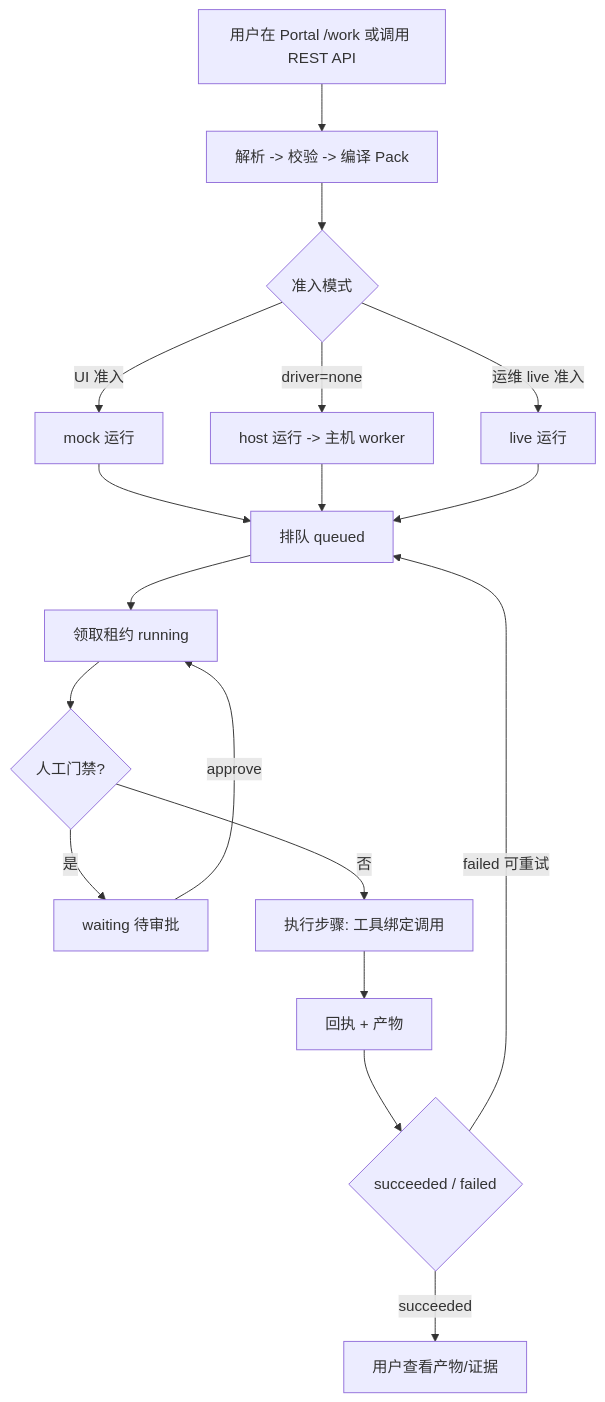
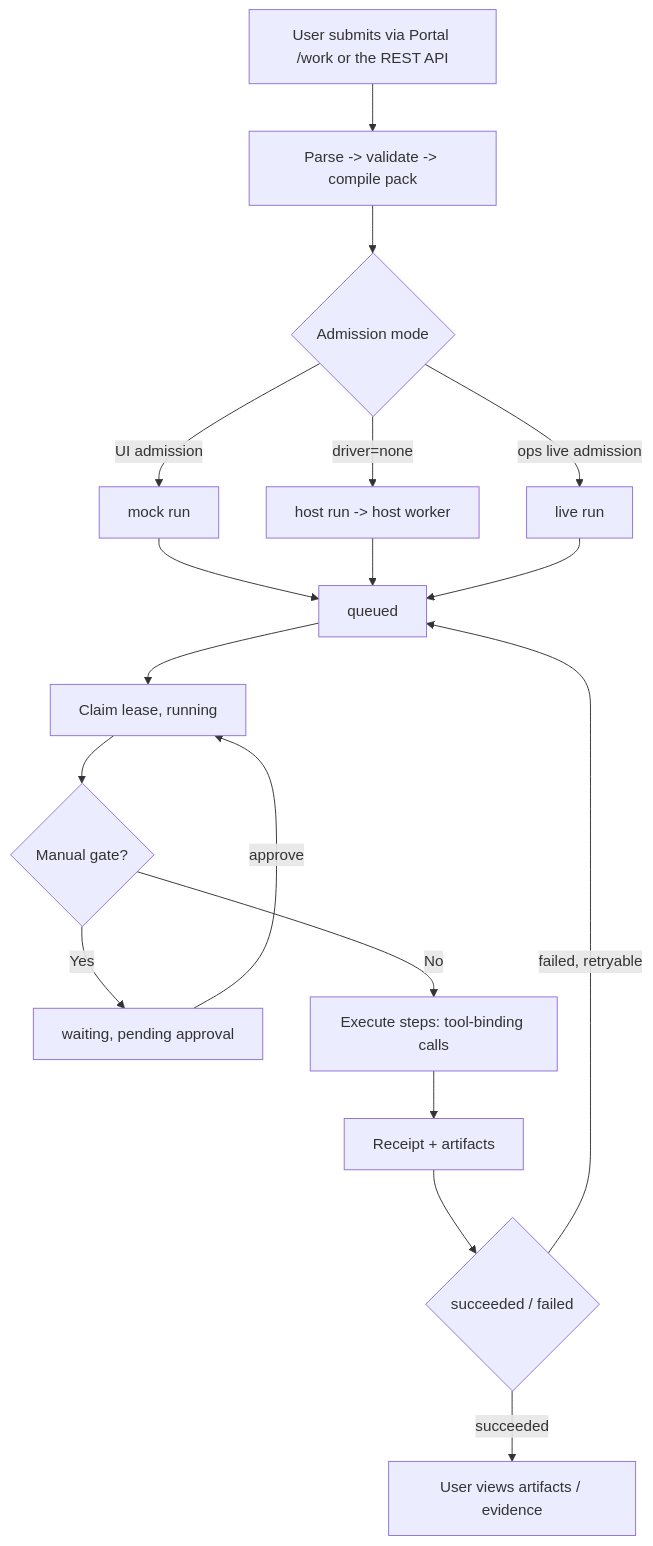
The first of 4 diagrams in apps/docs/site/development/prd.md (55aaseclab/Polaris), drawn with Mermaid before and after one commit. The commit also changed other lines of this file and 1 other file, not shown here.

````diff
--- a/apps/docs/site/development/prd.md
+++ b/apps/docs/site/development/prd.md
@@ -168,20 +182,20 @@
 ```mermaid
 flowchart TD
-    A[用户在 Portal /work 或调用 REST API] --> B[解析 -> 校验 -> 编译 Pack]
-    B --> C{准入模式}
-    C -->|UI 准入| D[mock 运行]
-    C -->|driver=none| E[host 运行 -> 主机 worker]
-    C -->|运维 live 准入| F[live 运行]
-    D --> G[排队 queued]
+    A[User submits via Portal /work or the REST API] --> B[Parse -> validate -> compile pack]
+    B --> C{Admission mode}
+    C -->|UI admission| D[mock run]
+    C -->|driver=none| E[host run -> host worker]
+    C -->|ops live admission| F[live run]
+    D --> G[queued]
     E --> G
     F --> G
-    G --> H[领取租约 running]
-    H --> I{人工门禁?}
-    I -->|是| J[waiting 待审批]
+    G --> H[Claim lease, running]
+    H --> I{Manual gate?}
+    I -->|Yes| J[waiting, pending approval]
     J -->|approve| H
-    I -->|否| K[执行步骤: 工具绑定调用]
-    K --> L[回执 + 产物]
+    I -->|No| K[Execute steps: tool-binding calls]
+    K --> L[Receipt + artifacts]
     L --> M{succeeded / failed}
-    M -->|failed 可重试| G
-    M -->|succeeded| N[用户查看产物/证据]
+    M -->|failed, retryable| G
+    M -->|succeeded| N[User views artifacts / evidence]
 ```
````
